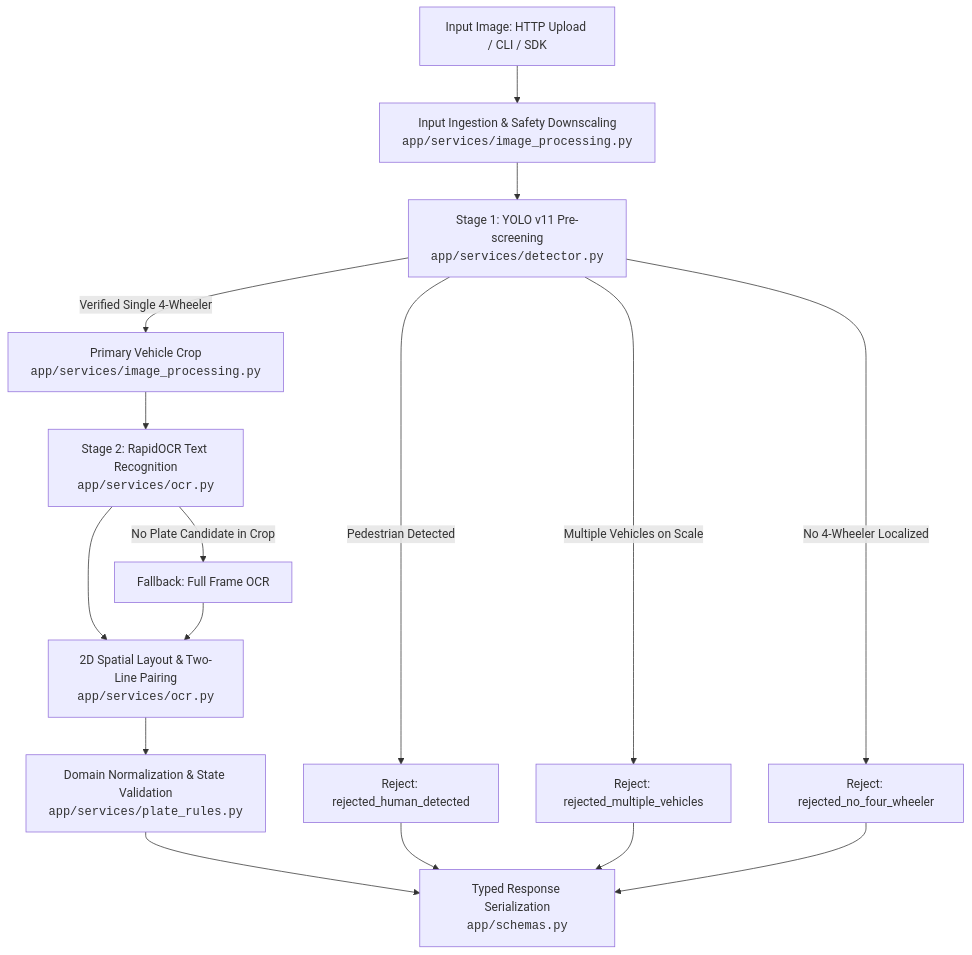
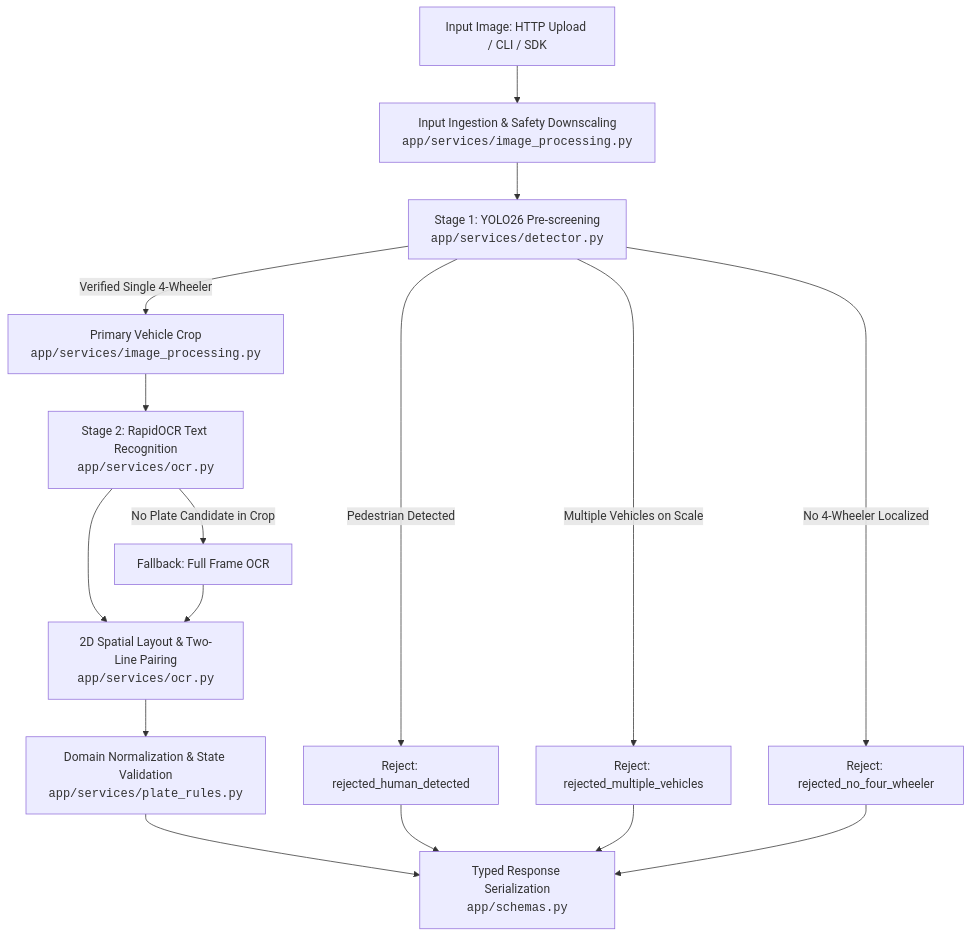
One commit to dheereshag/argus changed the diagram in README.md. Above: the diagram before and after it, drawn with Mermaid. The commit also changed other lines of this file and 16 other files, not shown here.

Commit message:
feat: upgrade YOLO model from v11 to YOLO26 across configuration, services, and documentation

````diff
--- a/README.md
+++ b/README.md
@@ -54,23 +54,23 @@
 ```mermaid
 flowchart TD
     A[Input Image: HTTP Upload / CLI / SDK] --> B[Input Ingestion & Safety Downscaling<br/><code>app/services/image_processing.py</code>]
-    B --> C[Stage 1: YOLO v11 Pre-screening<br/><code>app/services/detector.py</code>]
+    B --> C[Stage 1: YOLO26 Pre-screening<br/><code>app/services/detector.py</code>]
     
     C -- Pedestrian Detected --> R1[Reject: rejected_human_detected]
     C -- Multiple Vehicles on Scale --> R2[Reject: rejected_multiple_vehicles]
     C -- No 4-Wheeler Localized --> R3[Reject: rejected_no_four_wheeler]
     
     C -- Verified Single 4-Wheeler --> D[Primary Vehicle Crop<br/><code>app/services/image_processing.py</code>]
     
     D --> E[Stage 2: RapidOCR Text Recognition<br/><code>app/services/ocr.py</code>]
     E -- No Plate Candidate in Crop --> E2[Fallback: Full Frame OCR]
     E --> F[2D Spatial Layout & Two-Line Pairing<br/><code>app/services/ocr.py</code>]
     E2 --> F
     
     F --> G[Domain Normalization & State Validation<br/><code>app/services/plate_rules.py</code>]
     G --> H[Typed Response Serialization<br/><code>app/schemas.py</code>]
     
     R1 --> H
     R2 --> H
     R3 --> H
 ```
````
